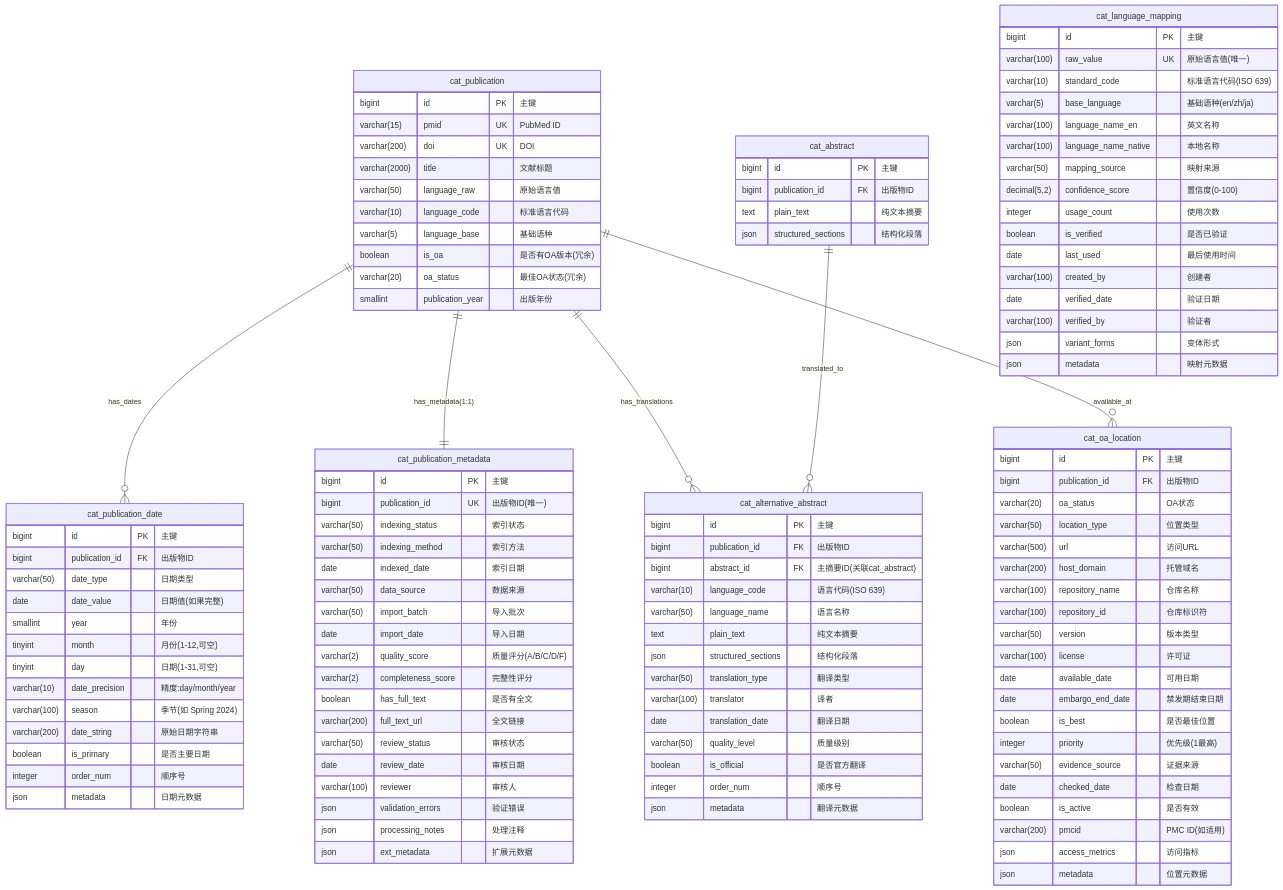
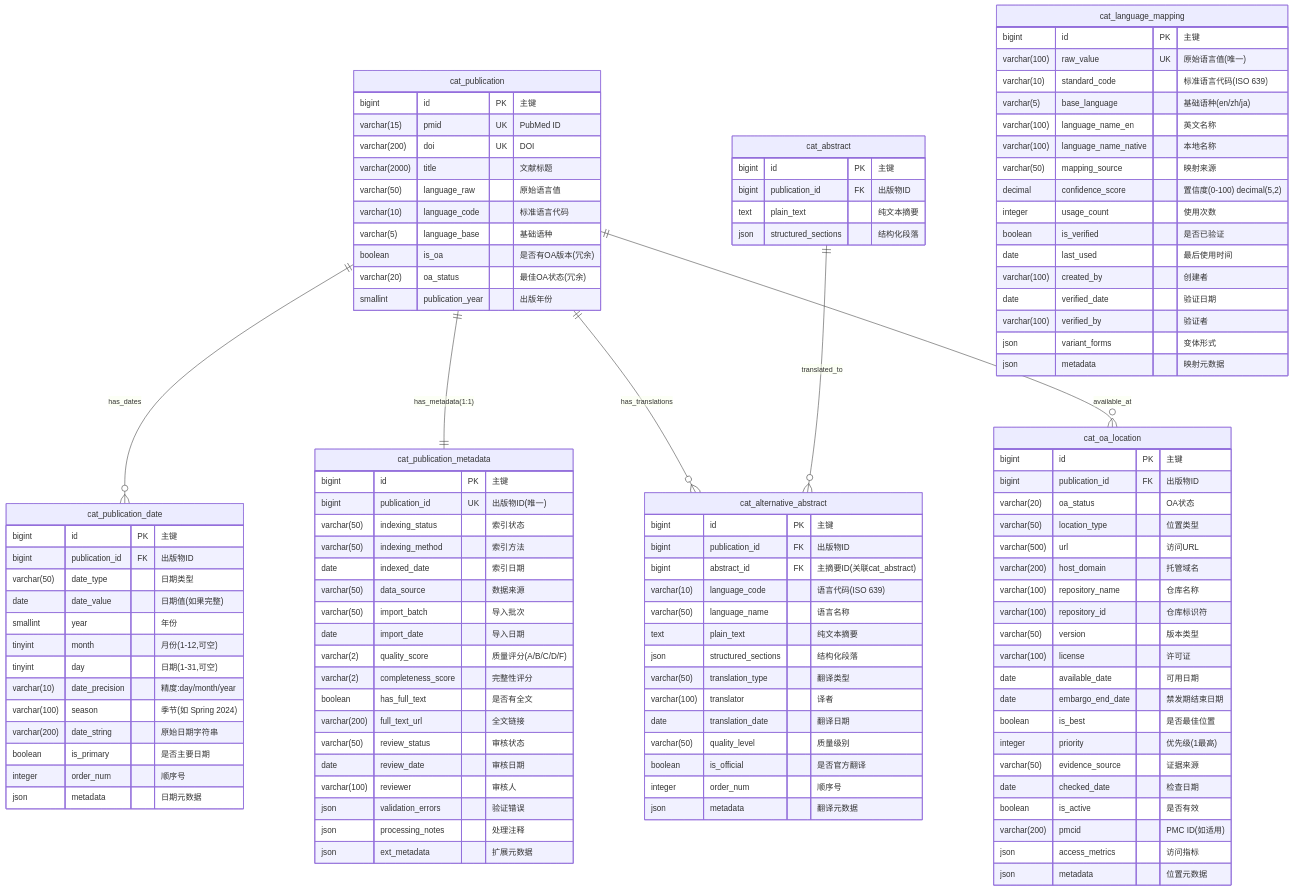
Before and after one commit to linqibin0826/patra: the diagram in patra-api/docs/patra-catalog/02-er-diagrams/5-auxiliary-management.md, drawn with Mermaid. The commit also changed other lines of this file and 7 other files, not shown here.

```diff
--- a/patra-api/docs/patra-catalog/02-er-diagrams/5-auxiliary-management.md
+++ b/patra-api/docs/patra-catalog/02-er-diagrams/5-auxiliary-management.md
@@ -123,7 +122,7 @@
         varchar(100) language_name_en "英文名称"
         varchar(100) language_name_native "本地名称"
         varchar(50) mapping_source "映射来源"
-        decimal(5,2) confidence_score "置信度(0-100)"
+        decimal confidence_score "置信度(0-100) decimal(5,2)"
         integer usage_count "使用次数"
         boolean is_verified "是否已验证"
         date last_used "最后使用时间"
```
